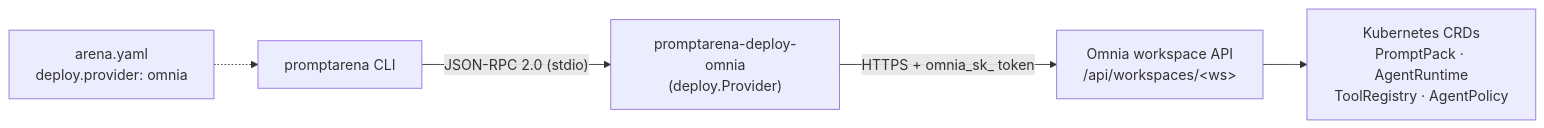
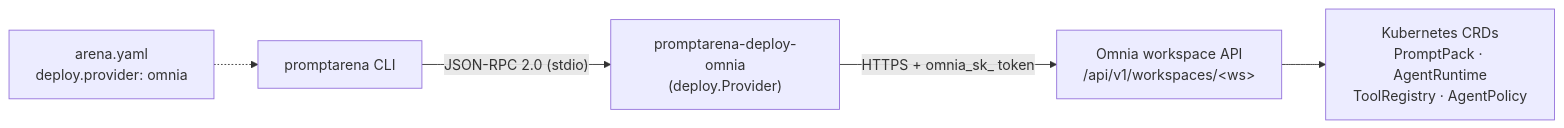
Before and after one commit to AltairaLabs/PromptArena-deploy-omnia: the diagram in README.md, drawn with Mermaid. The commit also changed 15 other files, not shown here.

First line of the commit message:
fix: call the Omnia management API at its /api/v1 paths (#149)

````diff
--- a/README.md
+++ b/README.md
@@ -111,7 +111,7 @@
 ```mermaid
 flowchart LR
     CFG["arena.yaml<br/>deploy.provider: omnia"] -.-> CLI["promptarena CLI"]
     CLI -->|"JSON-RPC 2.0 (stdio)"| ADP["promptarena-deploy-omnia<br/>(deploy.Provider)"]
-    ADP -->|"HTTPS + omnia_sk_ token"| API["Omnia workspace API<br/>/api/workspaces/&lt;ws&gt;"]
+    ADP -->|"HTTPS + omnia_sk_ token"| API["Omnia workspace API<br/>/api/v1/workspaces/&lt;ws&gt;"]
     API --> CRDS["Kubernetes CRDs<br/>PromptPack · AgentRuntime<br/>ToolRegistry · AgentPolicy"]
 ```
````
